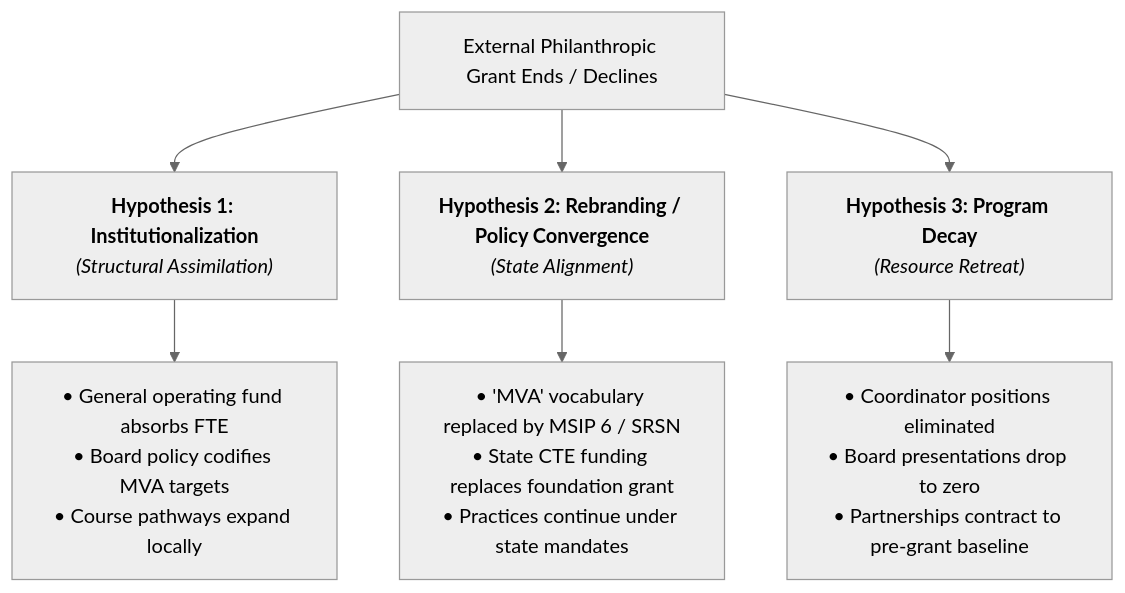
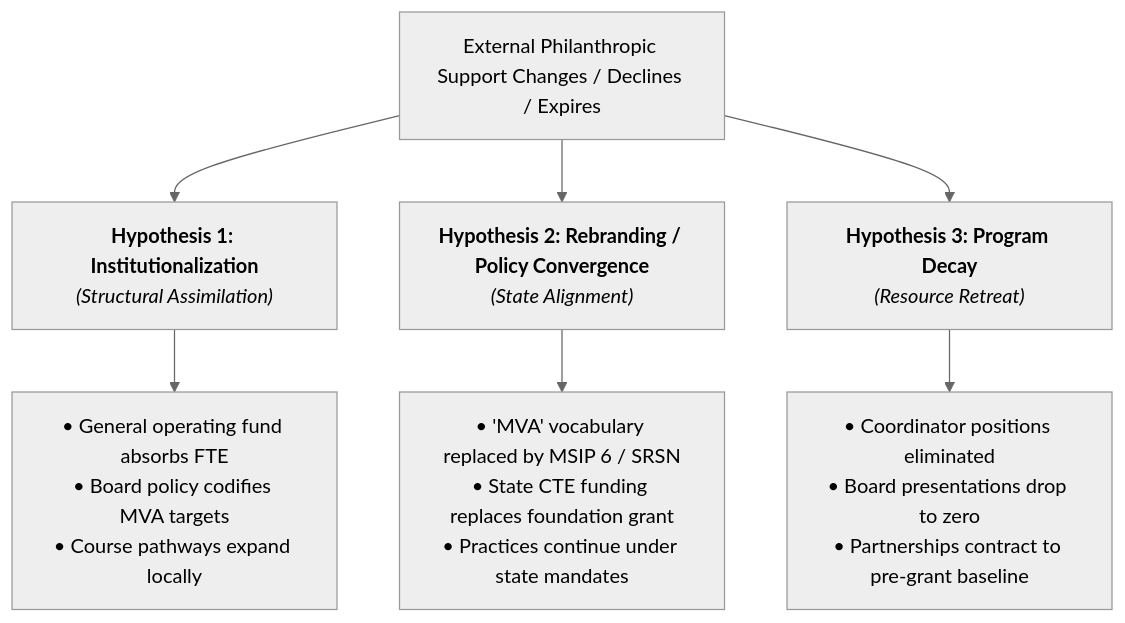
The diagram in 2026/2026-09-26-rwl-institutionalization/research_questions.md (admiralorbiter/computational-sketchbook), drawn with Mermaid (neutral theme) before and after one commit. The commit also changed other lines of this file, not shown here.

````diff
--- a/2026/2026-09-26-rwl-institutionalization/research_questions.md
+++ b/2026/2026-09-26-rwl-institutionalization/research_questions.md
@@ -13,12 +13,12 @@
 ```mermaid
 graph TD
-    Start["External Philanthropic Grant Ends / Declines"]
+    Start["External Philanthropic Support Changes / Declines / Expires"]
     
     Start --> PathA["<b>Hypothesis 1: Institutionalization</b><br/><i>(Structural Assimilation)</i>"]
     Start --> PathB["<b>Hypothesis 2: Rebranding / Policy Convergence</b><br/><i>(State Alignment)</i>"]
     Start --> PathC["<b>Hypothesis 3: Program Decay</b><br/><i>(Resource Retreat)</i>"]
     
     PathA --> ResA["• General operating fund absorbs FTE<br/>• Board policy codifies MVA targets<br/>• Course pathways expand locally"]
     PathB --> ResB["• 'MVA' vocabulary replaced by MSIP 6 / SRSN<br/>• State CTE funding replaces foundation grant<br/>• Practices continue under state mandates"]
     PathC --> ResC["• Coordinator positions eliminated<br/>• Board presentations drop to zero<br/>• Partnerships contract to pre-grant baseline"]
 ```
````
